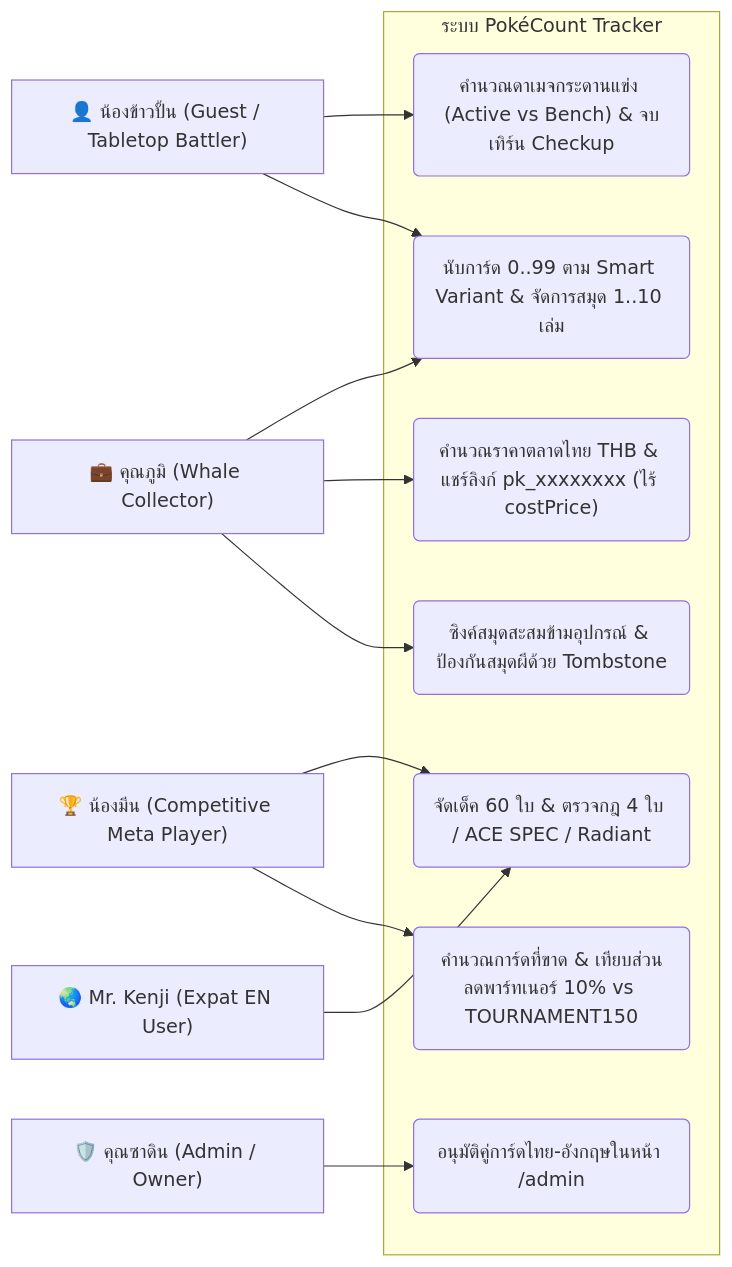
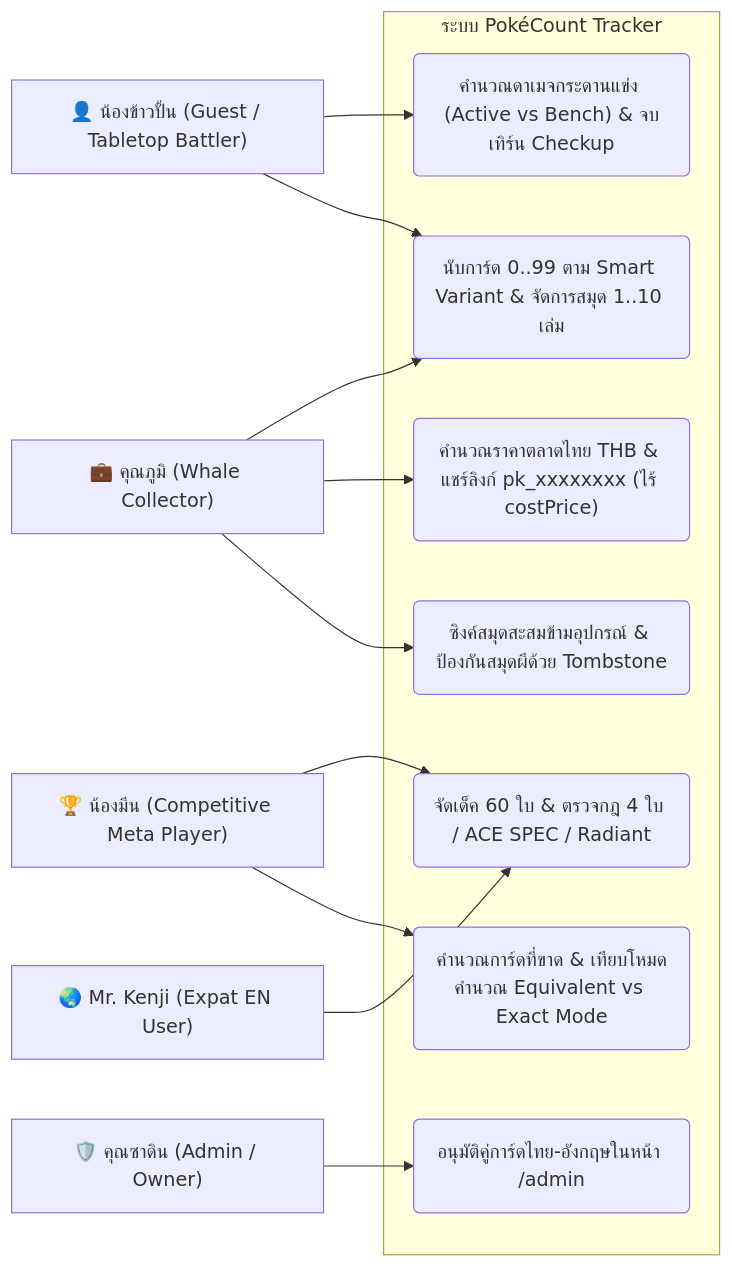
The second of 5 diagrams in DESIGN.md (sadin911/Group2CWN), drawn with Mermaid before and after one commit. The commit also changed other lines of this file and 16 other files, not shown here.

````diff
--- a/DESIGN.md
+++ b/DESIGN.md
@@ -45,28 +45,28 @@
 ```mermaid
 flowchart LR
     Guest["👤 น้องข้าวปั้น (Guest / Tabletop Battler)"]
     Col["💼 คุณภูมิ (Whale Collector)"]
     Play["🏆 น้องมีน (Competitive Meta Player)"]
     Expat["🌏 Mr. Kenji (Expat EN User)"]
     Admin["🛡️ คุณซาดิน (Admin / Owner)"]
 
     subgraph PokeCount["ระบบ PokéCount Tracker"]
         UC1("นับการ์ด 0..99 ตาม Smart Variant & จัดการสมุด 1..10 เล่ม")
         UC2("คำนวณราคาตลาดไทย THB & แชร์ลิงก์ pk_xxxxxxxx (ไร้ costPrice)")
         UC3("จัดเด็ค 60 ใบ & ตรวจกฎ 4 ใบ / ACE SPEC / Radiant")
-        UC4("คำนวณการ์ดที่ขาด & เทียบส่วนลดพาร์ทเนอร์ 10% vs TOURNAMENT150")
+        UC4("คำนวณการ์ดที่ขาด & เทียบโหมดคำนวณ Equivalent vs Exact Mode")
         UC5("คำนวณดาเมจกระดานแข่ง (Active vs Bench) & จบเทิร์น Checkup")
         UC6("ซิงค์สมุดสะสมข้ามอุปกรณ์ & ป้องกันสมุดผีด้วย Tombstone")
         UC7("อนุมัติคู่การ์ดไทย-อังกฤษในหน้า /admin")
     end
 
     Guest --> UC5
     Guest --> UC1
     Col --> UC1
     Col --> UC2
     Col --> UC6
     Play --> UC3
     Play --> UC4
     Expat --> UC3
     Admin --> UC7
 ```
````
